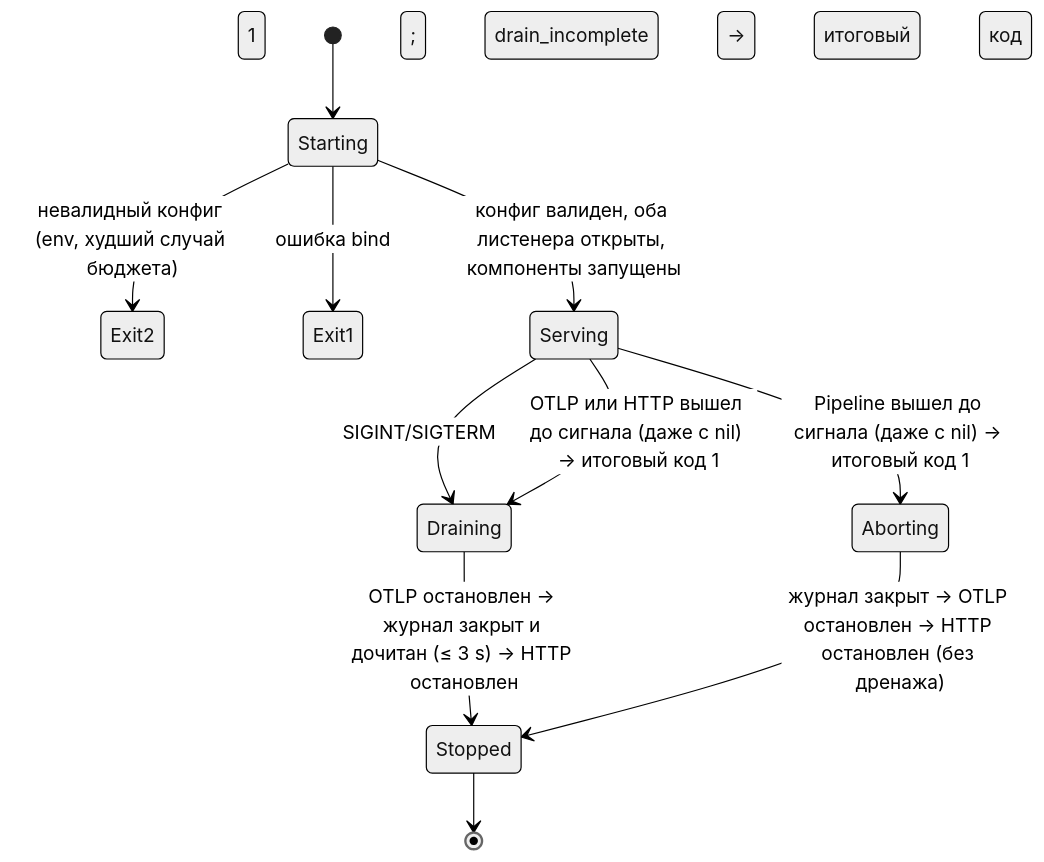
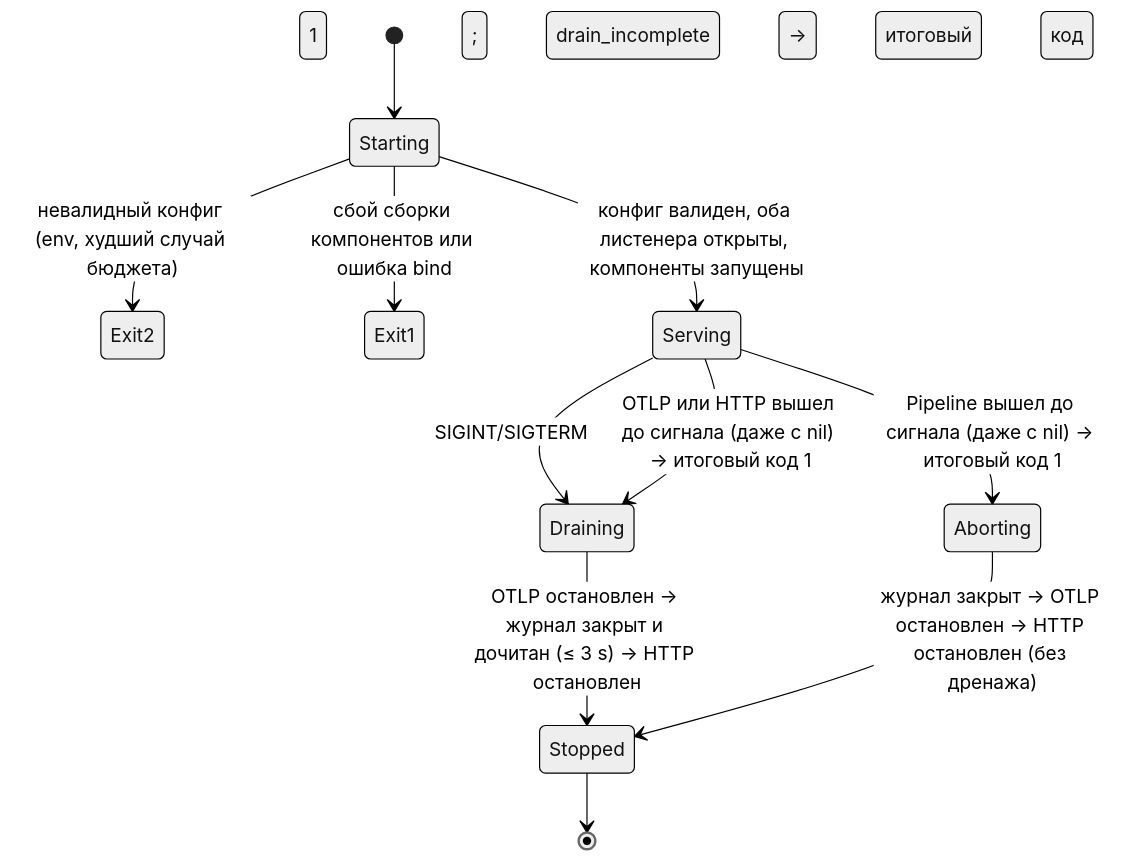
The diagram in docs/design/step-01-walking-skeleton.md (DmytroLysenko1/faultline), drawn with Mermaid (neutral theme) before and after one commit. The commit also changed other lines of this file and 18 other files, not shown here.

````diff
--- a/docs/design/step-01-walking-skeleton.md
+++ b/docs/design/step-01-walking-skeleton.md
@@ -412,13 +412,13 @@
 ```mermaid
 stateDiagram-v2
   [*] --> Starting
   Starting --> Exit2: невалидный конфиг (env, худший случай бюджета)
-  Starting --> Exit1: ошибка bind
+  Starting --> Exit1: сбой сборки компонентов или ошибка bind
   Starting --> Serving: конфиг валиден, оба листенера открыты, компоненты запущены
   Serving --> Draining: SIGINT/SIGTERM
   Serving --> Draining: OTLP или HTTP вышел до сигнала (даже с nil) → итоговый код 1
   Serving --> Aborting: Pipeline вышел до сигнала (даже с nil) → итоговый код 1
   Draining --> Stopped: OTLP остановлен → журнал закрыт и дочитан (≤ 3 s) → HTTP остановлен; drain_incomplete → итоговый код 1
   Aborting --> Stopped: журнал закрыт → OTLP остановлен → HTTP остановлен (без дренажа)
   Stopped --> [*]
 ```
````
